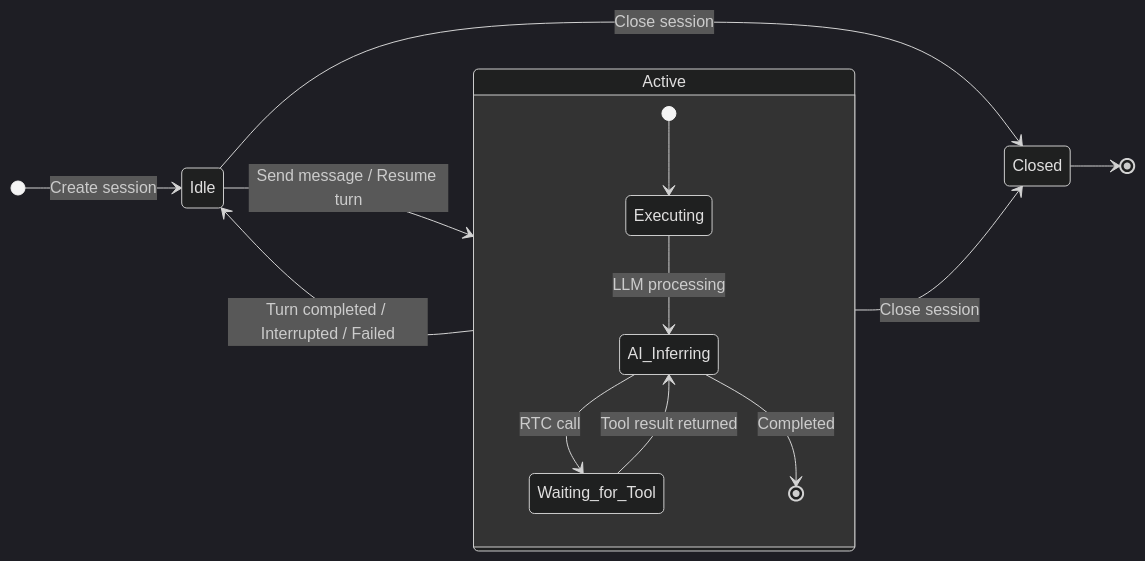
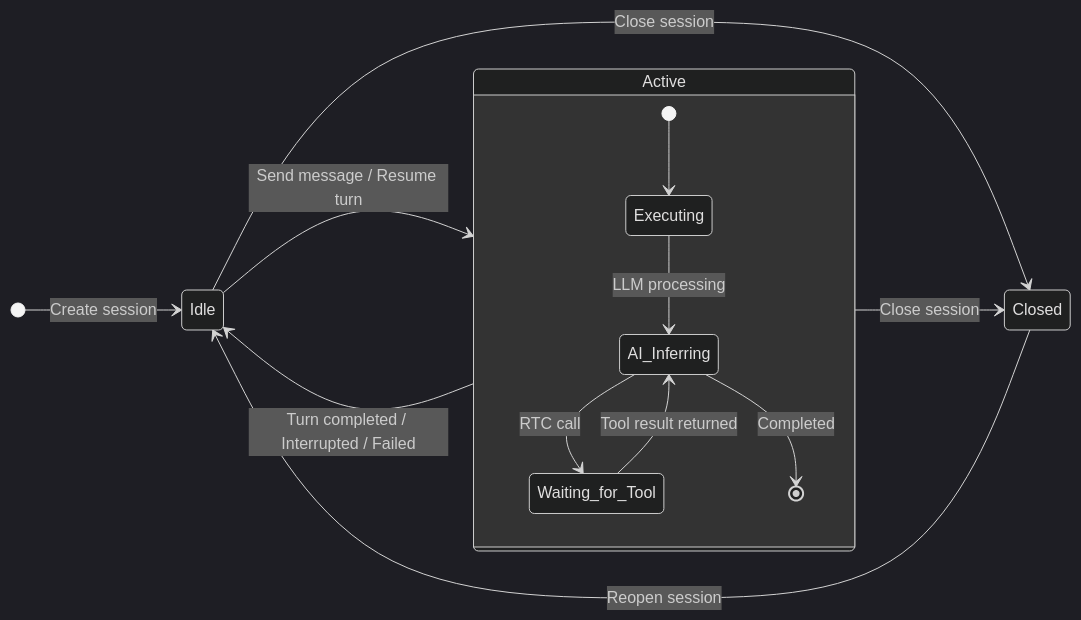
One commit to rtc-agent/docs changed the first of 12 diagrams in src/content/docs/en/features/session.md. Above: the diagram before and after it, drawn with Mermaid (dark theme). The commit also changed other lines of this file, not shown here.

First line of the commit message:
docs(en/session): add missing reopen session functionality

````diff
--- a/src/content/docs/en/features/session.md
+++ b/src/content/docs/en/features/session.md
@@ -10,22 +10,22 @@
 ```mermaid
 stateDiagram-v2
     direction LR
 
     [*] --> Idle: Create session
 
     Idle --> Active: Send message / Resume turn
     Active --> Idle: Turn completed / Interrupted / Failed
 
     Idle --> Closed: Close session
     Active --> Closed: Close session
 
-    Closed --> [*]
+    Closed --> Idle: Reopen session
 
     state Active {
         [*] --> Executing
         Executing --> AI_Inferring: LLM processing
         AI_Inferring --> Waiting_for_Tool: RTC call
         Waiting_for_Tool --> AI_Inferring: Tool result returned
         AI_Inferring --> [*]: Completed
     }
 ```
````
